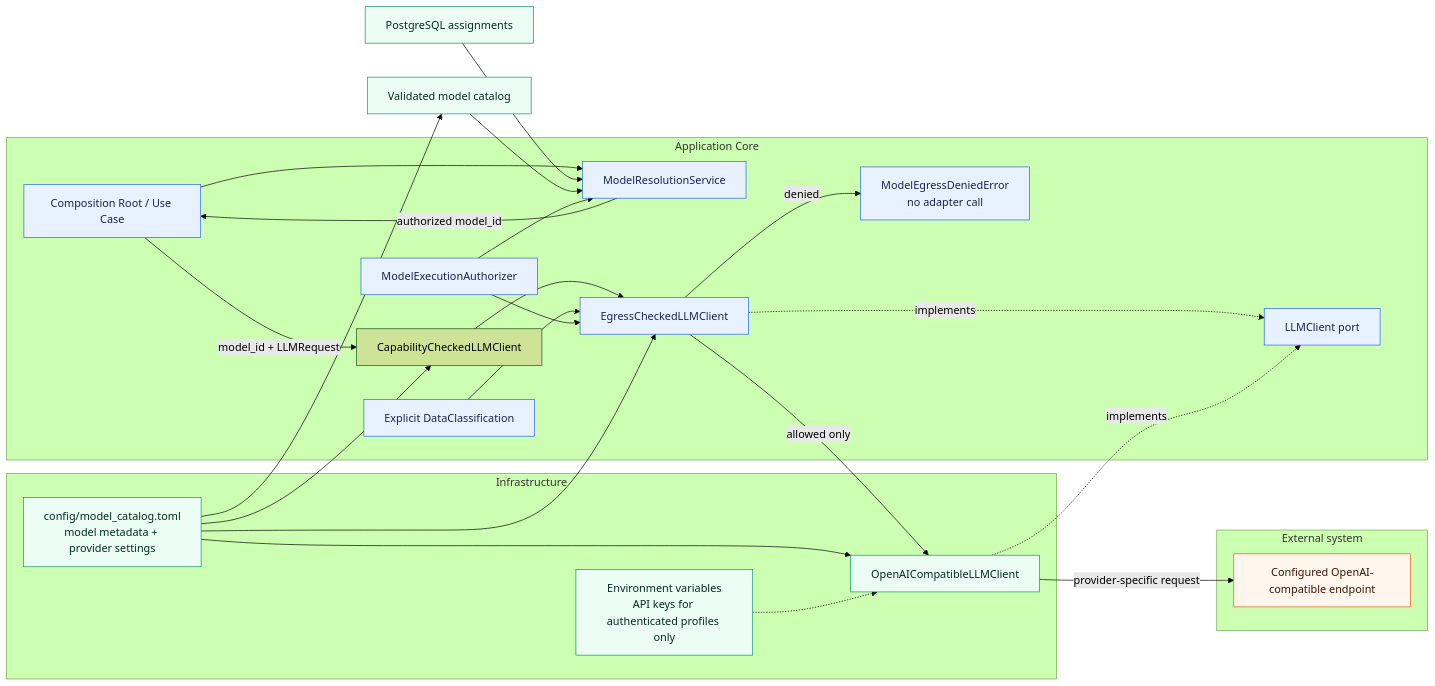
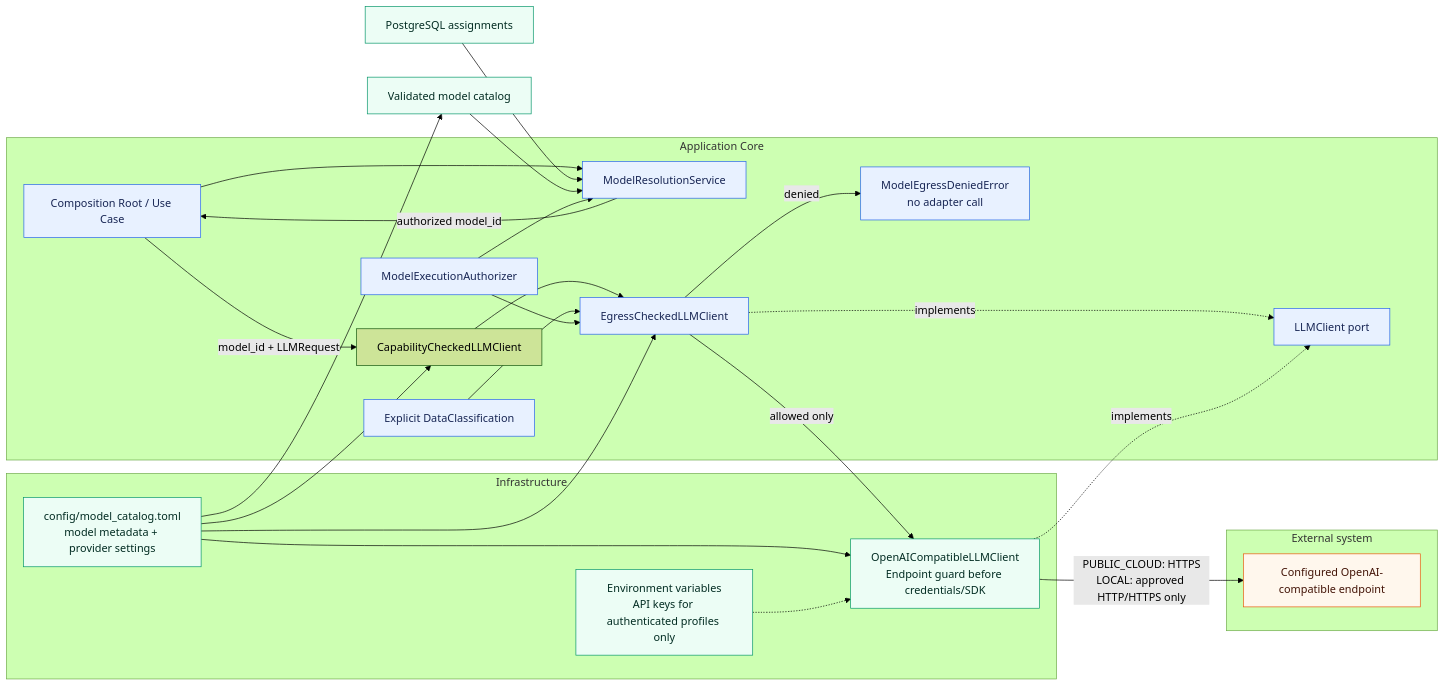
The tenth of 22 diagrams in docs/architecture/overview.md (aboerzel/industrial-ai-agent), drawn with Mermaid (forest theme) before and after one commit. The commit also changed other lines of this file and 4 other files, not shown here.

First line of the commit message:
fix(security): require TLS for public cloud model providers

````diff
--- a/docs/architecture/overview.md
+++ b/docs/architecture/overview.md
@@ -799,51 +799,51 @@
 ```mermaid
 flowchart LR
     A["Composition Root / Use Case"] --> R["ModelResolutionService"]
     DB["PostgreSQL assignments"] --> R
     M["Validated model catalog"] --> R
     S["ModelExecutionAuthorizer"] --> R
     R -->|"authorized model_id"| A
     A -->|"model_id + LLMRequest"| V["CapabilityCheckedLLMClient"]
     V --> G["EgressCheckedLLMClient"]
     P["LLMClient port"]
     G -.->|"implements"| P
-    C["OpenAICompatibleLLMClient"] -.->|"implements"| P
+    C["OpenAICompatibleLLMClient<br/>Endpoint guard before credentials/SDK"] -.->|"implements"| P
     CL["Explicit DataClassification"] --> G
     S --> G
     TOML["config/model_catalog.toml<br/>model metadata + provider settings"] --> M
     TOML --> V
     TOML --> G
     TOML --> C
     ENV["Environment variables<br/>API keys for authenticated profiles only"] -.-> C
     G -->|"allowed only"| C
     G -->|"denied"| F["ModelEgressDeniedError<br/>no adapter call"]
-    C -->|"provider-specific request"| E["Configured OpenAI-compatible endpoint"]
+    C -->|"PUBLIC_CLOUD: HTTPS<br/>LOCAL: approved HTTP/HTTPS only"| E["Configured OpenAI-compatible endpoint"]
 
     subgraph Core["Application Core"]
         A
         P
         V
         G
         CL
         R
         S
         F
     end
 
     subgraph Infrastructure["Infrastructure"]
         C
         TOML
         ENV
     end
 
     subgraph External["External system"]
         E
     end
 
     classDef core fill:#e8f1ff,stroke:#2563eb,color:#172554
     classDef adapter fill:#ecfdf5,stroke:#059669,color:#022c22
     classDef external fill:#fff7ed,stroke:#ea580c,color:#431407
     class A,P,G,CL,R,S,F core
     class C,TOML,M,DB,ENV adapter
     class E external
 ```
````
